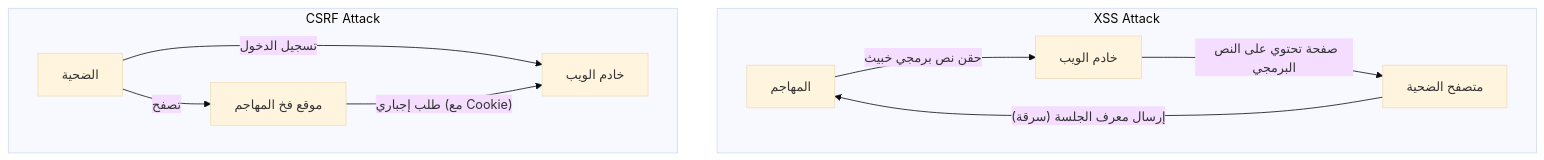
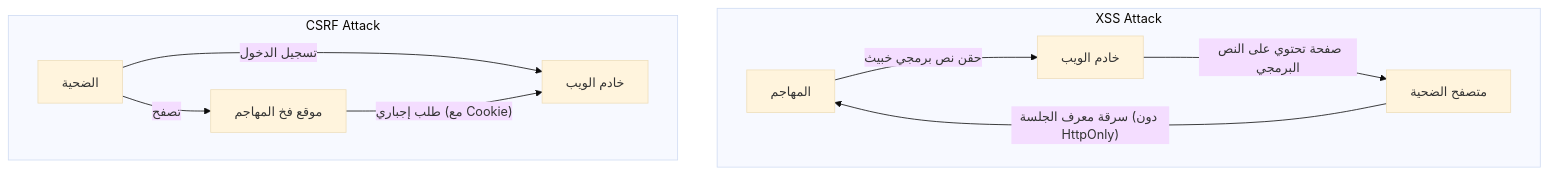
The diagram in content/post/cross-site-scripting-xss-csrf-security/index.ar.md (kenjinote/blog), drawn with Mermaid (base theme) before and after one commit. The commit also changed other lines of this file and 21 other files, not shown here.

````diff
--- a/content/post/cross-site-scripting-xss-csrf-security/index.ar.md
+++ b/content/post/cross-site-scripting-xss-csrf-security/index.ar.md
@@ -134,14 +137,14 @@
 ```mermaid
 graph TD
     subgraph XSS Attack
         A["المهاجم"] -- "حقن نص برمجي خبيث" --> B["خادم الويب"]
         B -- "صفحة تحتوي على النص البرمجي" --> C["متصفح الضحية"]
-        C -- "إرسال معرف الجلسة (سرقة)" --> A
+        C -- "سرقة معرف الجلسة (دون HttpOnly)" --> A
     end
 
     subgraph CSRF Attack
         D["الضحية"] -- "تسجيل الدخول" --> E["خادم الويب"]
         D -- "تصفح" --> F["موقع فخ المهاجم"]
         F -- "طلب إجباري (مع Cookie)" --> E
     end
 ```
````
